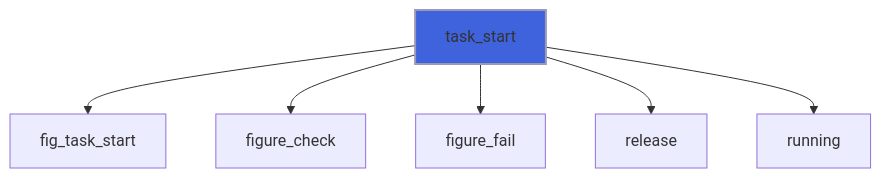
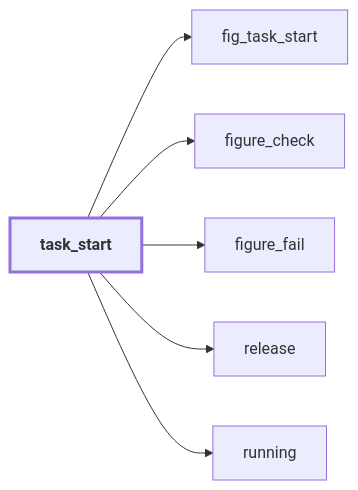
One commit to szaghi/figure changed the fourth of 12 diagrams in docs/api/src/lib/figure_task.md. Above: the diagram before and after it, drawn with Mermaid. The commit also changed other lines of this file and 54 other files, not shown here.

````diff
--- a/docs/api/src/lib/figure_task.md
+++ b/docs/api/src/lib/figure_task.md
@@ -198,9 +205,14 @@
 ```mermaid
-flowchart TD
+flowchart LR
   task_start["task_start"] --> fig_task_start["fig_task_start"]
   task_start["task_start"] --> figure_check["figure_check"]
   task_start["task_start"] --> figure_fail["figure_fail"]
   task_start["task_start"] --> release["release"]
   task_start["task_start"] --> running["running"]
-  style task_start fill:#3e63dd,stroke:#99b,stroke-width:2px
+  classDef focus stroke-width:3px,font-weight:bold
+  class task_start focus
+  click figure_fail href "figure_base.html#figure-fail" "figure_fail"
+  click release href "#release" "release"
+  click fig_task_start href "figure_c_native.html#fig-task-start" "fig_task_start"
+  click figure_check href "figure_base.html#figure-check" "figure_check"
 ```
````
